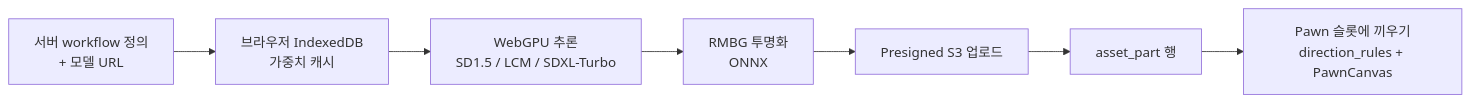
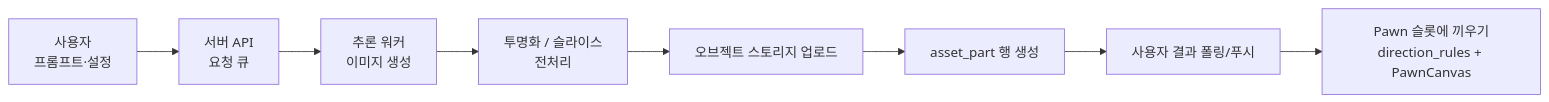
The diagram in README.md (kimkuhyun/chchar), drawn with Mermaid before and after one commit. The commit also changed other lines of this file, not shown here.

Commit message:
docs: README 톤 수정 — WebGPU 폐기 반영, 서버 생성 흐름으로 정정

````diff
--- a/README.md
+++ b/README.md
@@ -52,9 +53,10 @@
 ```mermaid
 flowchart LR
-  A[서버 workflow 정의<br/>+ 모델 URL] --> B[브라우저 IndexedDB<br/>가중치 캐시]
-  B --> C[WebGPU 추론<br/>SD1.5 / LCM / SDXL-Turbo]
-  C --> D[RMBG 투명화<br/>ONNX]
-  D --> E[Presigned S3 업로드]
-  E --> F[asset_part 행]
-  F --> G[Pawn 슬롯에 끼우기<br/>direction_rules + PawnCanvas]
+  A[사용자<br/>프롬프트·설정] --> B[서버 API<br/>요청 큐]
+  B --> C[추론 워커<br/>이미지 생성]
+  C --> D[투명화 / 슬라이스<br/>전처리]
+  D --> E[오브젝트 스토리지 업로드]
+  E --> F[asset_part 행 생성]
+  F --> G[사용자 결과 폴링/푸시]
+  G --> H[Pawn 슬롯에 끼우기<br/>direction_rules + PawnCanvas]
 ```
````
